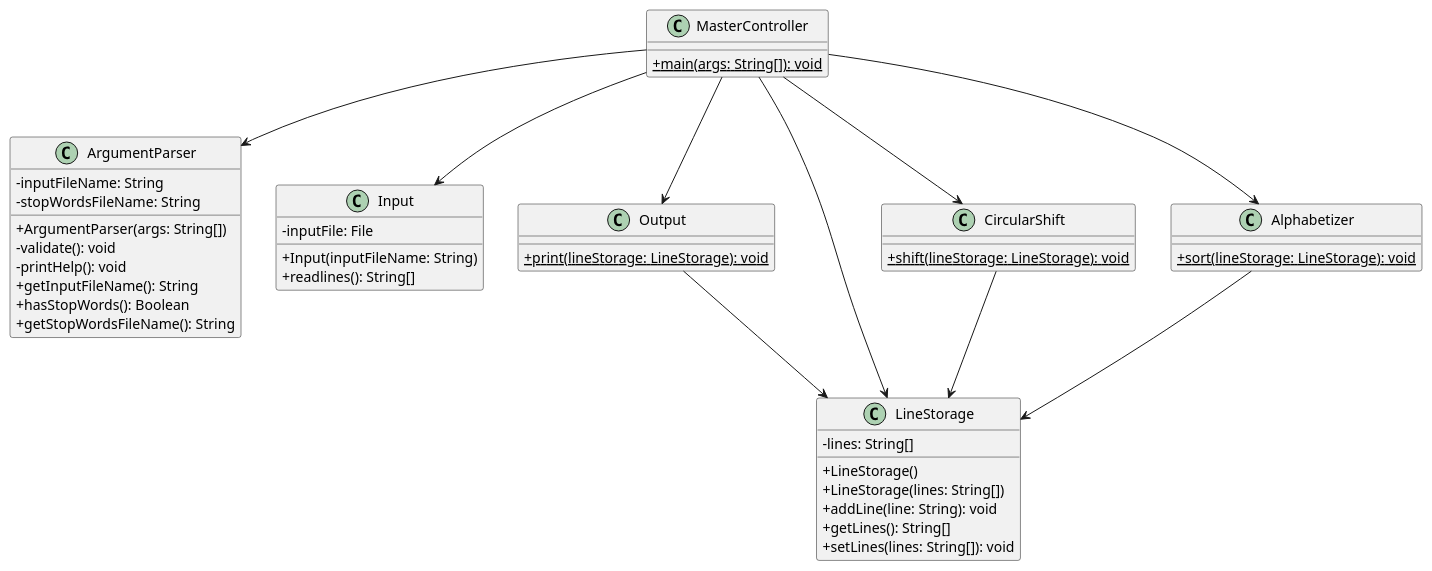
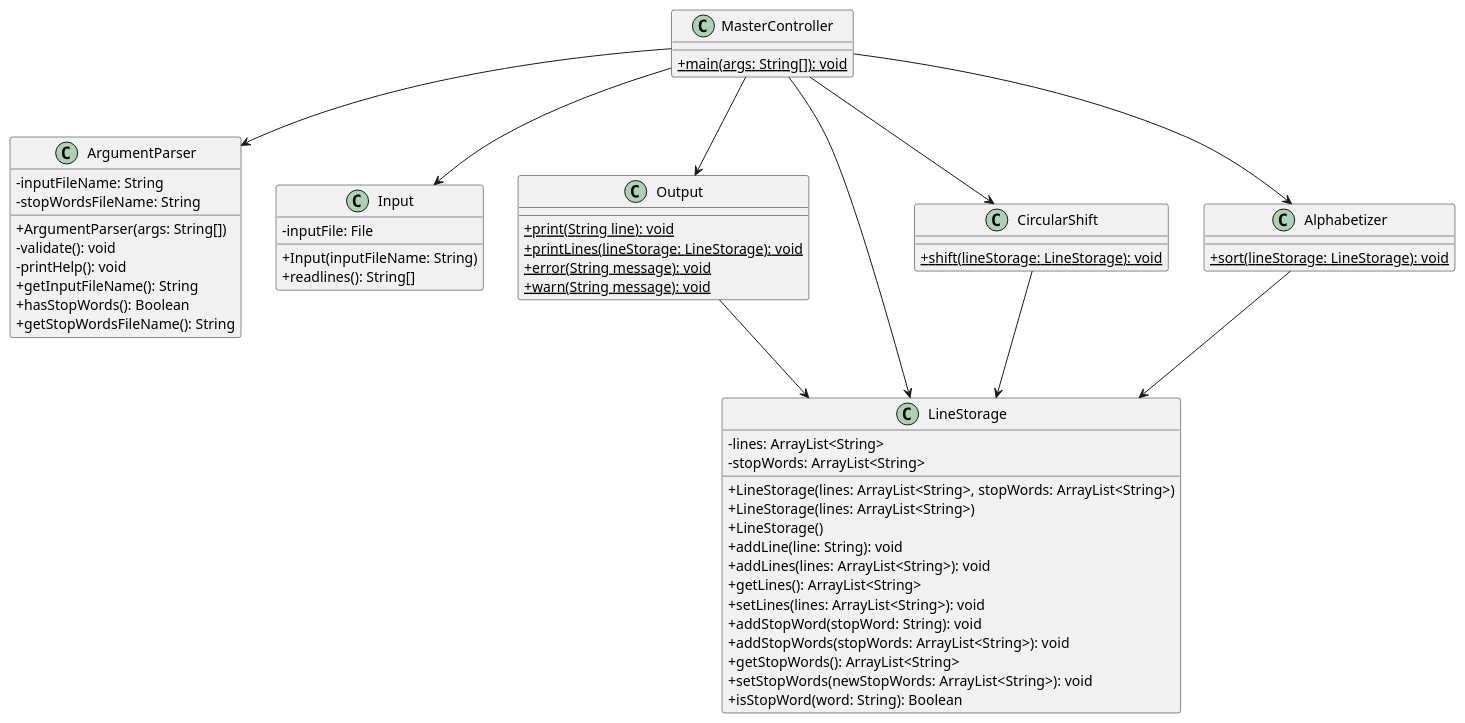
The diagram in SE 211/Assignments/Assignment1/assignment_1.plantuml (thehappydinoa/DrexelWinterTerm2022-2023), drawn with PlantUML before and after one commit. The commit also changed 1 other file, not shown here.

Commit message:
chore: SE 211 fix up uml and use built-in sorting function

```diff
--- a/SE 211/Assignments/Assignment1/assignment_1.plantuml
+++ b/SE 211/Assignments/Assignment1/assignment_1.plantuml
@@ -1,56 +1,80 @@
 @startuml Assignment 1
 
 skinparam classAttributeIconSize 0
 
 class ArgumentParser {
+  ' Attributes
   -inputFileName: String
   -stopWordsFileName: String
+  ' Constructors
   +ArgumentParser(args: String[])
+  ' Methods
   -validate(): void
   -printHelp(): void
   +getInputFileName(): String
   +hasStopWords(): Boolean
   +getStopWordsFileName(): String
 }
 
 class Input {
+  ' Attributes
   -inputFile: File
+  ' Constructors
   +Input(inputFileName: String)
+  ' Methods
   +readlines(): String[]
 }
 
 class Output {
-  +{static} print(lineStorage: LineStorage): void
+  ' Methods
+  +{static} print(String line): void
+  +{static} printLines(lineStorage: LineStorage): void
+  +{static} error(String message): void
+  +{static} warn(String message): void
 }
 Output --> LineStorage
 
 class LineStorage {
-  -lines: String[]
+  ' Attributes
+  -lines: ArrayList<String>
+  -stopWords: ArrayList<String>
+  ' Constructors
+  +LineStorage(lines: ArrayList<String>, stopWords: ArrayList<String>)
+  +LineStorage(lines: ArrayList<String>)
   +LineStorage()
-  +LineStorage(lines: String[])
+  ' Methods
   +addLine(line: String): void
-  +getLines(): String[]
-  +setLines(lines: String[]): void
+  +addLines(lines: ArrayList<String>): void
+  +getLines(): ArrayList<String>
+  +setLines(lines: ArrayList<String>): void
+  +addStopWord(stopWord: String): void
+  +addStopWords(stopWords: ArrayList<String>): void
+  +getStopWords(): ArrayList<String>
+  +setStopWords(newStopWords: ArrayList<String>): void
+  +isStopWord(word: String): Boolean
 }
 
 class CircularShift {
+  ' Methods
   +{static} shift(lineStorage: LineStorage): void
 }
 CircularShift --> LineStorage
 
 class Alphabetizer {
+  ' Methods
   +{static} sort(lineStorage: LineStorage): void
 }
 Alphabetizer --> LineStorage
 
 class MasterController {
+  ' Methods
   +{static} main(args: String[]): void
 }
 MasterController --> ArgumentParser
 MasterController --> Input
 MasterController --> Output
 MasterController --> LineStorage
 MasterController --> CircularShift
 MasterController --> Alphabetizer
 
 @enduml
```
